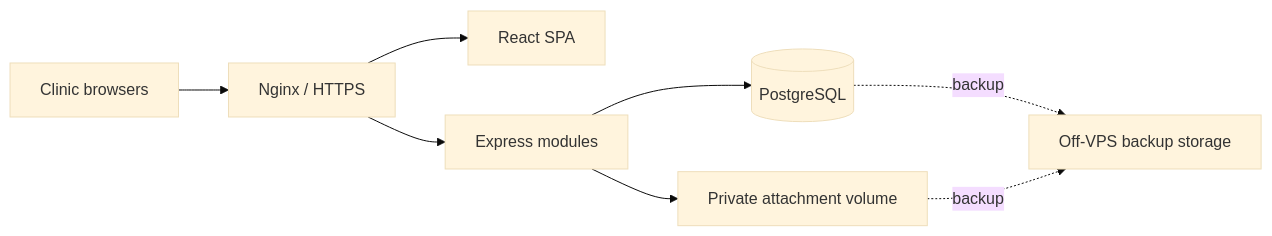
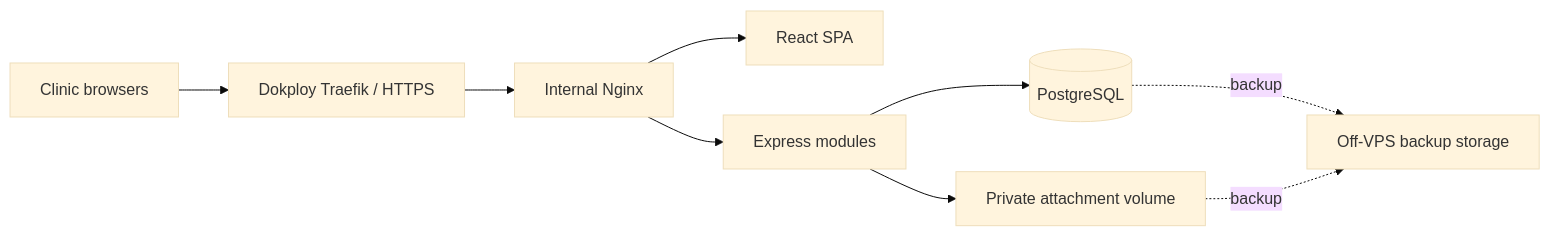
The diagram in docs/architecture/application-architecture.md (aymanobeid0/clinic-app), drawn with Mermaid (base theme) before and after one commit. The commit also changed other lines of this file and 18 other files, not shown here.

````diff
--- a/docs/architecture/application-architecture.md
+++ b/docs/architecture/application-architecture.md
@@ -11,10 +13,11 @@
 ```mermaid
 flowchart LR
-  PC[Clinic browsers] --> N[Nginx / HTTPS]
+  PC[Clinic browsers] --> T[Dokploy Traefik / HTTPS]
+  T --> N[Internal Nginx]
   N --> SPA[React SPA]
   N --> API[Express modules]
   API --> DB[(PostgreSQL)]
   API --> Files[Private attachment volume]
   DB -. backup .-> Backup[Off-VPS backup storage]
   Files -. backup .-> Backup
 ```
````
